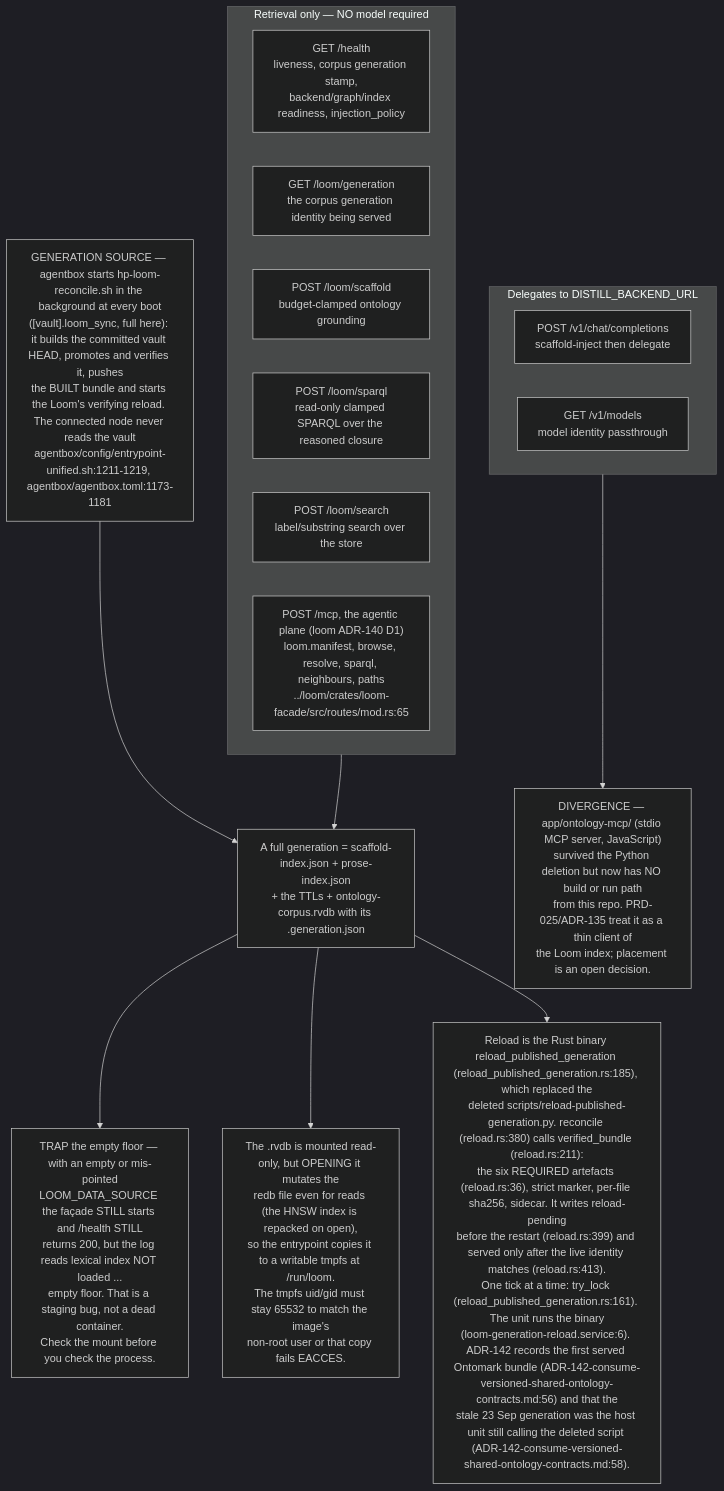
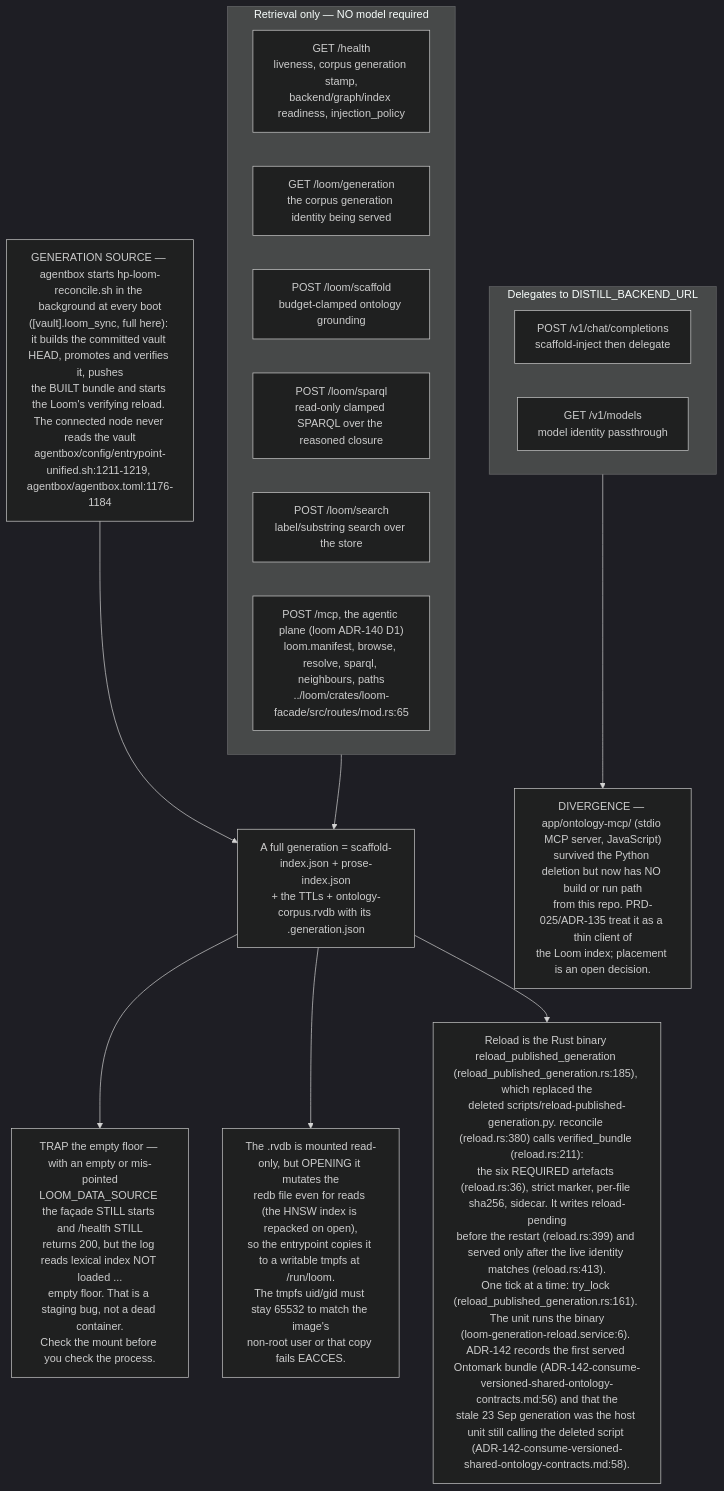
One commit to DreamLab-AI/VisionFlow changed the sixth of 11 diagrams in docs/diagrams/estate/06-loom-and-email-privacy-path.md. Above: the diagram before and after it, drawn with Mermaid (dark theme). The commit also changed other lines of this file and 142 other files, not shown here.

First line of the commit message:
docs(diagrams): one System One route; re-verify 140 topics at today's heads

````diff
--- a/docs/diagrams/estate/06-loom-and-email-privacy-path.md
+++ b/docs/diagrams/estate/06-loom-and-email-privacy-path.md
@@ -206,29 +206,29 @@
 ```mermaid
 flowchart TB
     subgraph nomodel["Retrieval only — NO model required"]
         E1["GET /health<br/>liveness, corpus generation stamp,<br/>backend/graph/index readiness, injection_policy"]
         E2["GET /loom/generation<br/>the corpus generation identity being served"]
         E3["POST /loom/scaffold<br/>budget-clamped ontology grounding"]
         E4["POST /loom/sparql<br/>read-only clamped SPARQL over the reasoned closure"]
         E5["POST /loom/search<br/>label/substring search over the store"]
         E8["POST /mcp, the agentic plane (loom ADR-140 D1)<br/>loom.manifest, browse, resolve, sparql, neighbours, paths<br/>../loom/crates/loom-facade/src/routes/mod.rs:65"]
     end
     subgraph needsmodel["Delegates to DISTILL_BACKEND_URL"]
         E6["POST /v1/chat/completions<br/>scaffold-inject then delegate"]
         E7["GET /v1/models<br/>model identity passthrough"]
     end
     GEN["A full generation = scaffold-index.json + prose-index.json<br/>+ the TTLs + ontology-corpus.rvdb with its .generation.json"]
     T1["TRAP the empty floor — with an empty or mis-pointed<br/>LOOM_DATA_SOURCE the façade STILL starts and /health STILL<br/>returns 200, but the log reads lexical index NOT loaded ...<br/>empty floor. That is a staging bug, not a dead container.<br/>Check the mount before you check the process."]
     T2["The .rvdb is mounted read-only, but OPENING it mutates the<br/>redb file even for reads (the HNSW index is repacked on open),<br/>so the entrypoint copies it to a writable tmpfs at /run/loom.<br/>The tmpfs uid/gid must stay 65532 to match the image's<br/>non-root user or that copy fails EACCES."]
     D1["Reload is the Rust binary reload_published_generation (reload_published_generation.rs:185), which replaced the<br/>deleted scripts/reload-published-generation.py. reconcile (reload.rs:380) calls verified_bundle (reload.rs:211):<br/>the six REQUIRED artefacts (reload.rs:36), strict marker, per-file sha256, sidecar. It writes reload-pending<br/>before the restart (reload.rs:399) and served only after the live identity matches (reload.rs:413).<br/>One tick at a time: try_lock (reload_published_generation.rs:161). The unit runs the binary<br/>(loom-generation-reload.service:6). ADR-142 records the first served Ontomark bundle (ADR-142-consume-versioned-shared-ontology-contracts.md:56) and that the<br/>stale 23 Sep generation was the host unit still calling the deleted script (ADR-142-consume-versioned-shared-ontology-contracts.md:58)."]
     D2["DIVERGENCE — app/ontology-mcp/ (stdio MCP server, JavaScript)<br/>survived the Python deletion but now has NO build or run path<br/>from this repo. PRD-025/ADR-135 treat it as a thin client of<br/>the Loom index; placement is an open decision."]
 
-    RECON["GENERATION SOURCE — agentbox starts hp-loom-reconcile.sh in the background at every boot<br/>([vault].loom_sync, full here): it builds the committed vault HEAD, promotes and verifies it, pushes<br/>the BUILT bundle and starts the Loom's verifying reload. The connected node never reads the vault<br/>agentbox/config/entrypoint-unified.sh:1211-1219, agentbox/agentbox.toml:1173-1181"]
+    RECON["GENERATION SOURCE — agentbox starts hp-loom-reconcile.sh in the background at every boot<br/>([vault].loom_sync, full here): it builds the committed vault HEAD, promotes and verifies it, pushes<br/>the BUILT bundle and starts the Loom's verifying reload. The connected node never reads the vault<br/>agentbox/config/entrypoint-unified.sh:1211-1219, agentbox/agentbox.toml:1176-1184"]
 
     nomodel --> GEN
     RECON --> GEN
     GEN --> T1
     GEN --> T2
     GEN --> D1
     needsmodel --> D2
 ```
````
